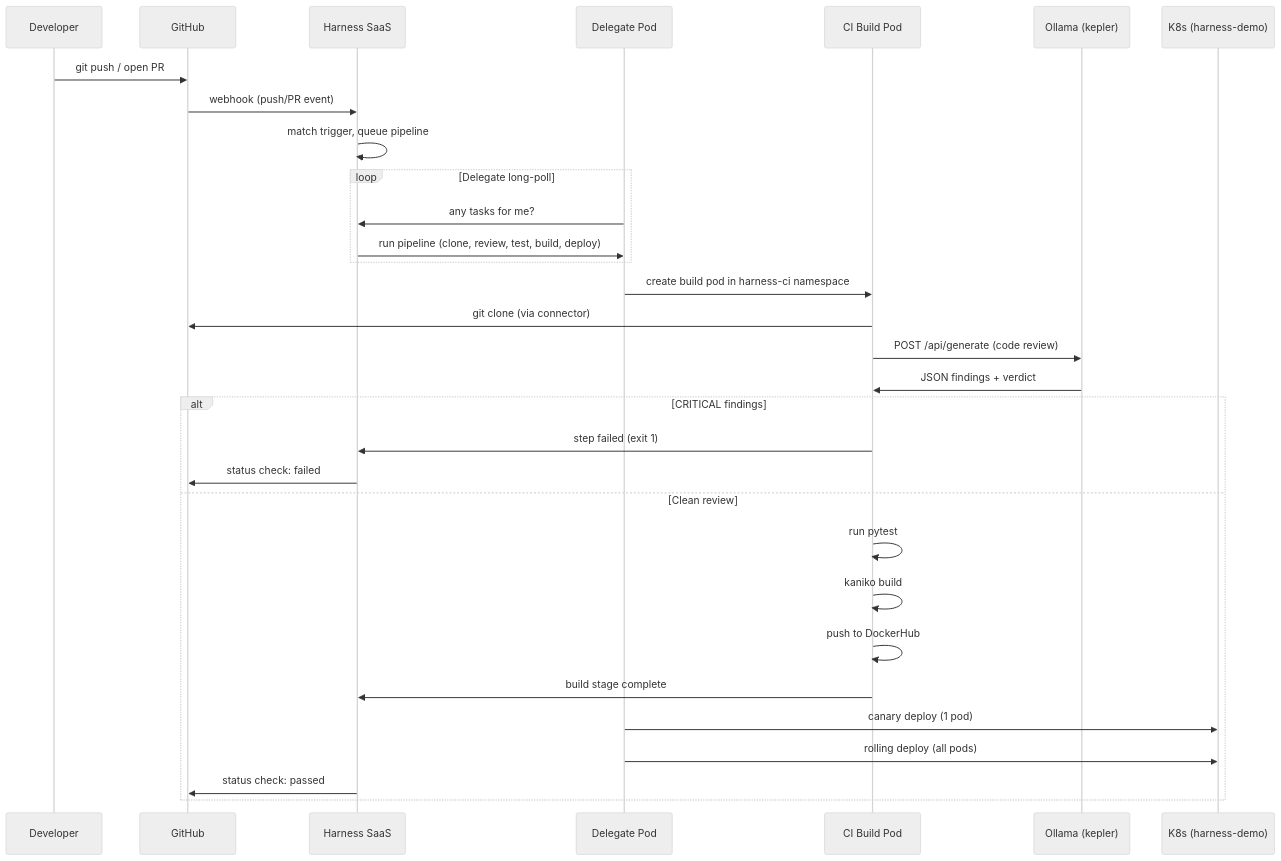
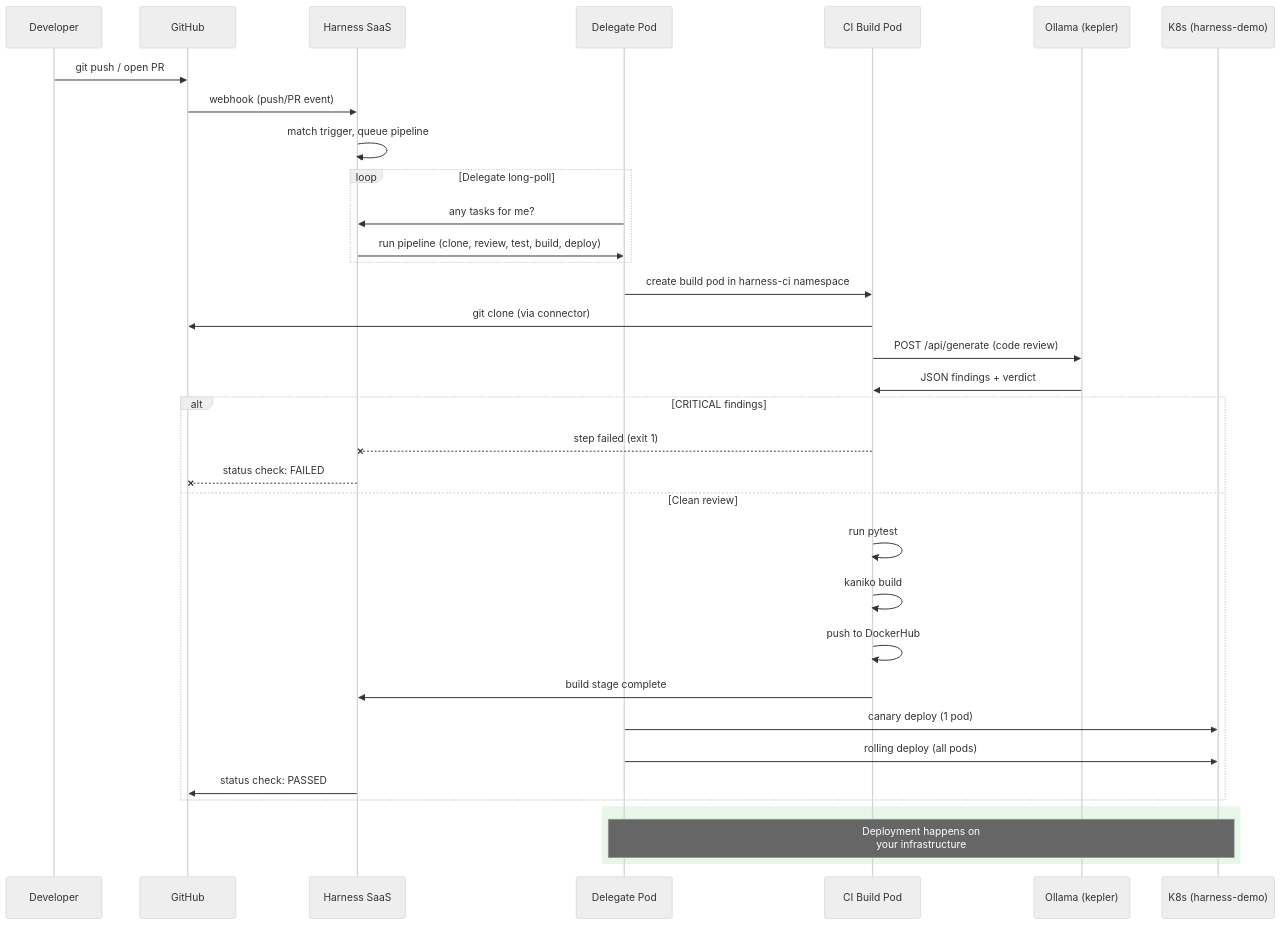
The second of 4 diagrams in docs/ARCHITECTURE.md (scarolan/harness-demo), drawn with Mermaid (neutral theme) before and after one commit. The commit also changed other lines of this file, not shown here.

First line of the commit message:
Add color to architecture Mermaid diagrams

````diff
--- a/docs/ARCHITECTURE.md
+++ b/docs/ARCHITECTURE.md
@@ -45,38 +54,42 @@
 ```mermaid
 sequenceDiagram
     participant Dev as Developer
     participant GH as GitHub
     participant HS as Harness SaaS
     participant DG as Delegate Pod
     participant CI as CI Build Pod
     participant OL as Ollama (kepler)
     participant K8 as K8s (harness-demo)
 
     Dev->>GH: git push / open PR
     GH->>HS: webhook (push/PR event)
     HS->>HS: match trigger, queue pipeline
 
     loop Delegate long-poll
         DG->>HS: any tasks for me?
         HS->>DG: run pipeline (clone, review, test, build, deploy)
     end
 
     DG->>CI: create build pod in harness-ci namespace
 
     CI->>GH: git clone (via connector)
     CI->>OL: POST /api/generate (code review)
     OL->>CI: JSON findings + verdict
 
     alt CRITICAL findings
-        CI->>HS: step failed (exit 1)
-        HS->>GH: status check: failed
+        CI--xHS: step failed (exit 1)
+        HS--xGH: status check: FAILED
     else Clean review
         CI->>CI: run pytest
         CI->>CI: kaniko build
         CI->>CI: push to DockerHub
         CI->>HS: build stage complete
         DG->>K8: canary deploy (1 pod)
         DG->>K8: rolling deploy (all pods)
-        HS->>GH: status check: passed
+        HS->>GH: status check: PASSED
+    end
+
+    rect rgb(232, 245, 233)
+        Note over DG,K8: Deployment happens on<br/>your infrastructure
     end
 ```
````
